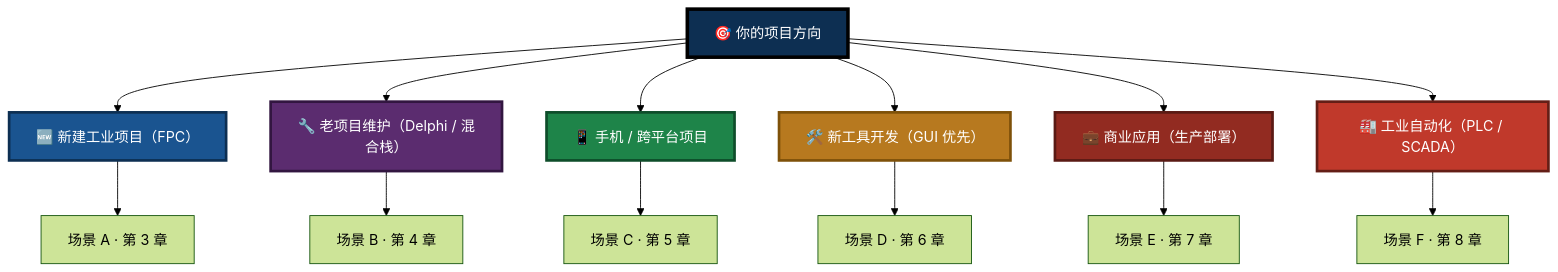
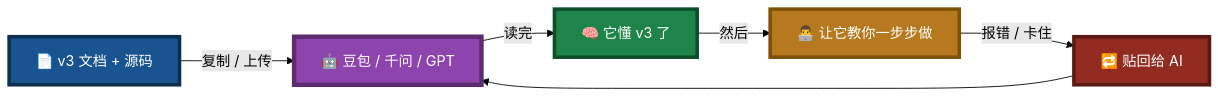
The first of 12 diagrams in Pascal_Integration_Guide.md (PassByYou888/LingoFuse-pasAgent-v3), drawn with Mermaid (forest theme) before and after one commit. The commit also changed other lines of this file, not shown here.

````diff
--- a/Pascal_Integration_Guide.md
+++ b/Pascal_Integration_Guide.md
@@ -41,24 +12,14 @@
 ```mermaid
-flowchart TB
-    ROOT["🎯 你的项目方向"] --> A["🆕 新建工业项目（FPC）"]
-    ROOT --> B["🔧 老项目维护（Delphi / 混合栈）"]
-    ROOT --> C["📱 手机 / 跨平台项目"]
-    ROOT --> D["🛠️ 新工具开发（GUI 优先）"]
-    ROOT --> E["💼 商业应用（生产部署）"]
-    ROOT --> F["🏭 工业自动化（PLC / SCADA）"]
+flowchart LR
+    A["📄 v3 文档 + 源码"] -->|"复制 / 上传"| B["🤖 豆包 / 千问 / GPT"]
+    B -->|"读完"| C["🧠 它懂 v3 了"]
+    C -->|"然后"| D["👨‍💻 让它教你一步步做"]
+    D -->|"报错 / 卡住"| E["🔁 贴回给 AI"]
+    E --> B
 
-    A --> A1["场景 A · 第 3 章"]
-    B --> B1["场景 B · 第 4 章"]
-    C --> C1["场景 C · 第 5 章"]
-    D --> D1["场景 D · 第 6 章"]
-    E --> E1["场景 E · 第 7 章"]
-    F --> F1["场景 F · 第 8 章"]
-
-    style ROOT fill:#0D2F52,stroke:#000000,stroke-width:4px,color:#FFFFFF
-    style A fill:#1A5490,stroke:#0D2F52,stroke-width:3px,color:#FFFFFF
-    style B fill:#5B2C6F,stroke:#321640,stroke-width:3px,color:#FFFFFF
-    style C fill:#1E8449,stroke:#0E4D2A,stroke-width:3px,color:#FFFFFF
-    style D fill:#B7791F,stroke:#7E5109,stroke-width:3px,color:#FFFFFF
-    style E fill:#922B21,stroke:#5A1A14,stroke-width:3px,color:#FFFFFF
-    style F fill:#C0392B,stroke:#641E16,stroke-width:3px,color:#FFFFFF
+    style A fill:#1A5490,stroke:#0D2F52,stroke-width:4px,color:#FFFFFF
+    style B fill:#8E44AD,stroke:#5B2C6F,stroke-width:5px,color:#FFFFFF
+    style C fill:#1E8449,stroke:#0E4D2A,stroke-width:4px,color:#FFFFFF
+    style D fill:#B7791F,stroke:#7E5109,stroke-width:4px,color:#FFFFFF
+    style E fill:#922B21,stroke:#5A1A14,stroke-width:4px,color:#FFFFFF
 ```
````
